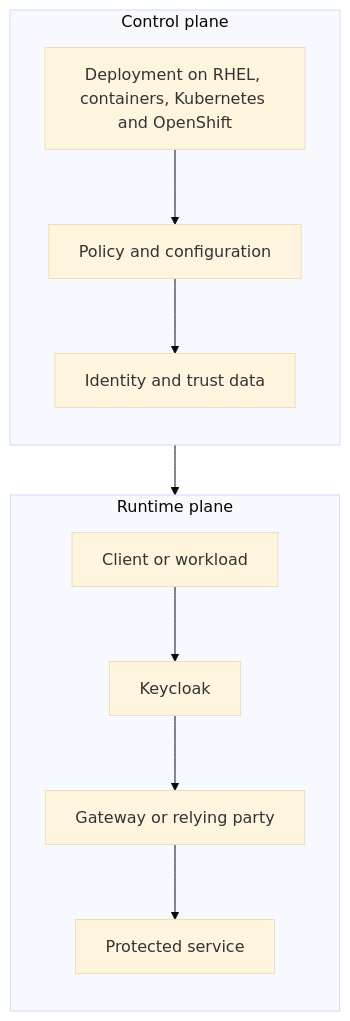
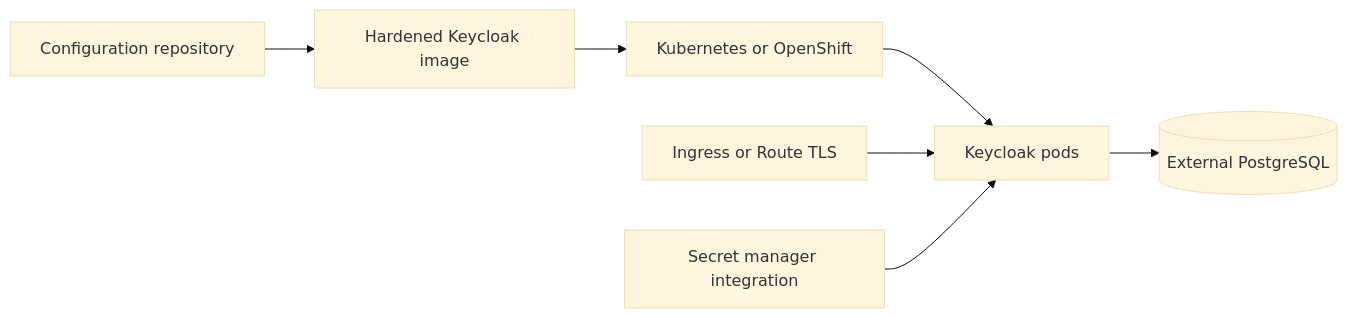
Before and after one commit to jeanflorentine/IAM-KeyCloack-Lab: diagram 22 of 36 in KeyCloack Reference Book.md, drawn with Mermaid (base theme). The commit also changed other lines of this file, not shown here.

Commit message:
Revise chapter structure diagrams and chapter 31 interview bank

````diff
--- a/KeyCloack Reference Book.md
+++ b/KeyCloack Reference Book.md
@@ -2443,24 +2247,9 @@
 ```mermaid
-flowchart TB
-    subgraph CP[Control plane]
-        direction TB
-        A[Deployment on RHEL, containers, Kubernetes and OpenShift]
-        B[Policy and configuration]
-        C[Identity and trust data]
-        A --> B
-        B --> C
-    end
-
-    subgraph RP[Runtime plane]
-        direction TB
-        D[Client or workload]
-        E[Keycloak]
-        F[Gateway or relying party]
-        G[Protected service]
-        D --> E
-        E --> F
-        F --> G
-    end
-
-    CP --> RP
+flowchart LR
+    GitOps[Configuration repository] --> Image[Hardened Keycloak image]
+    Image --> Cluster[Kubernetes or OpenShift]
+    Cluster --> Pods[Keycloak pods]
+    Pods --> Database[(External PostgreSQL)]
+    Ingress[Ingress or Route TLS] --> Pods
+    Secrets[Secret manager integration] --> Pods
 ```
````
